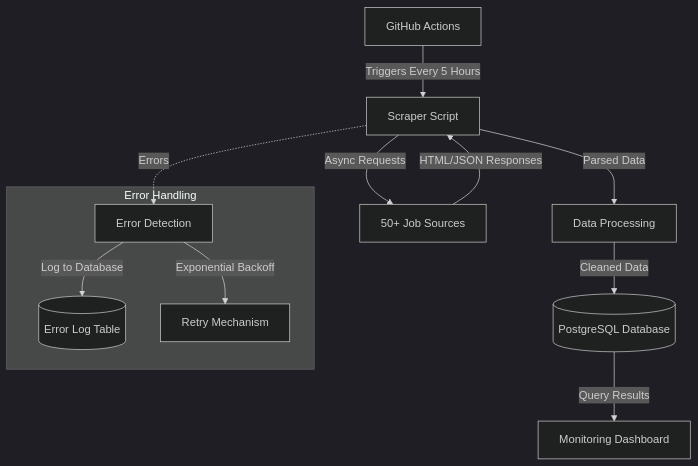
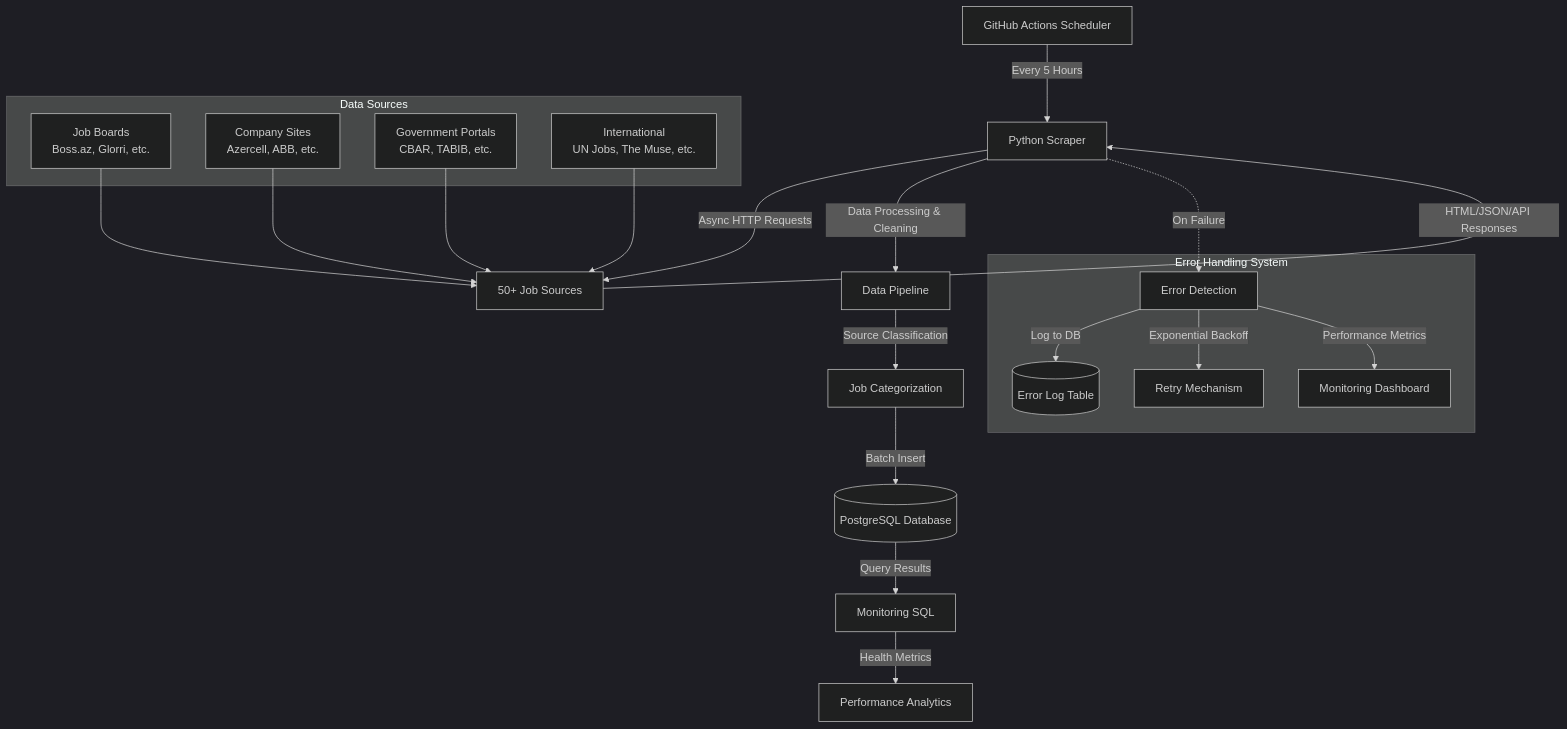
The first of 2 diagrams in README.md (scraper-bots/knowledge-share), drawn with Mermaid (dark theme) before and after one commit. The commit also changed other lines of this file, not shown here.

````diff
--- a/README.md
+++ b/README.md
@@ -19,16 +21,31 @@
 ```mermaid
 graph TD
-    A[GitHub Actions] -->|Triggers Every 5 Hours| B[Scraper Script]
-    B -->|Async Requests| C[50+ Job Sources]
-    C -->|HTML/JSON Responses| B
-    B -->|Parsed Data| D[Data Processing]
-    D -->|Cleaned Data| E[(PostgreSQL Database)]
-    E -->|Query Results| F[Monitoring Dashboard]
+    A[GitHub Actions Scheduler] -->|Every 5 Hours| B[Python Scraper]
+    B -->|Async HTTP Requests| C[50+ Job Sources]
+    C -->|HTML/JSON/API Responses| B
+    B -->|Data Processing & Cleaning| D[Data Pipeline]
+    D -->|Source Classification| E[Job Categorization]
+    E -->|Batch Insert| F[(PostgreSQL Database)]
     
-    subgraph "Error Handling"
-    G[Error Detection] -->|Log to Database| H[(Error Log Table)]
-    G -->|Exponential Backoff| I[Retry Mechanism]
+    subgraph "Error Handling System"
+        G[Error Detection] -->|Log to DB| H[(Error Log Table)]
+        G -->|Exponential Backoff| I[Retry Mechanism]
+        G -->|Performance Metrics| J[Monitoring Dashboard]
     end
     
-    B -.->|Errors| G
+    B -.->|On Failure| G
+    F -->|Query Results| K[Monitoring SQL]
+    K -->|Health Metrics| L[Performance Analytics]
+    
+    subgraph "Data Sources"
+        M[Job Boards<br/>Boss.az, Glorri, etc.]
+        N[Company Sites<br/>Azercell, ABB, etc.]
+        O[Government Portals<br/>CBAR, TABIB, etc.]
+        P[International<br/>UN Jobs, The Muse, etc.]
+    end
+    
+    M --> C
+    N --> C
+    O --> C
+    P --> C
 ```
````
